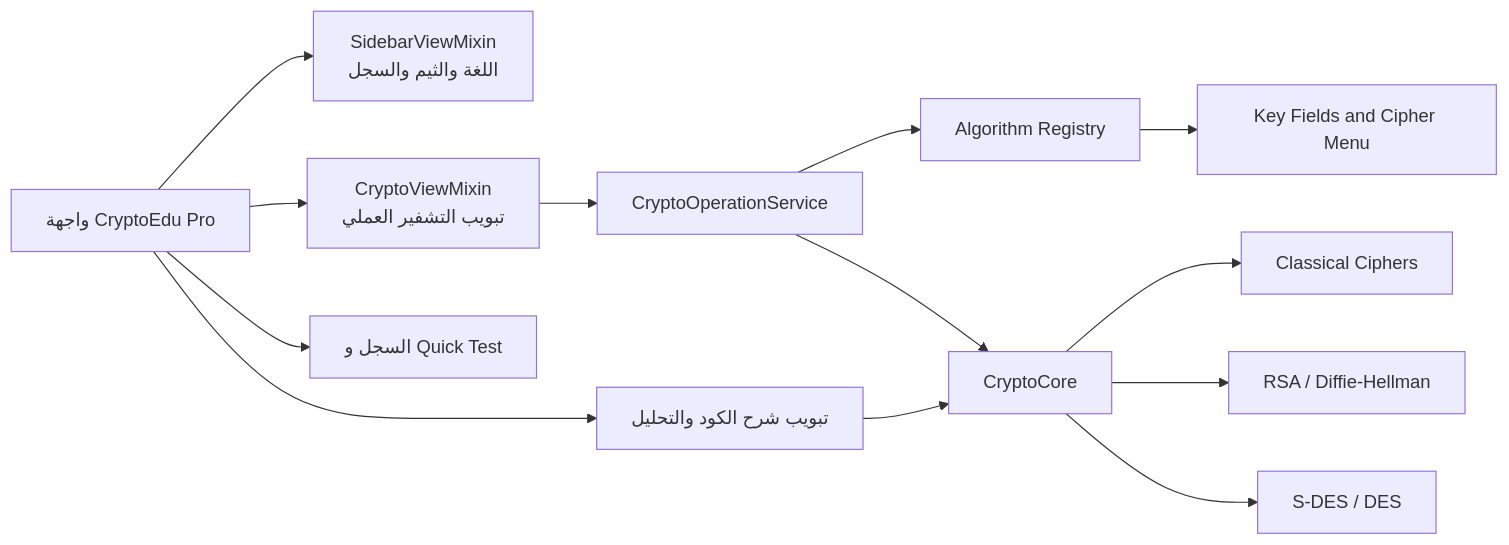
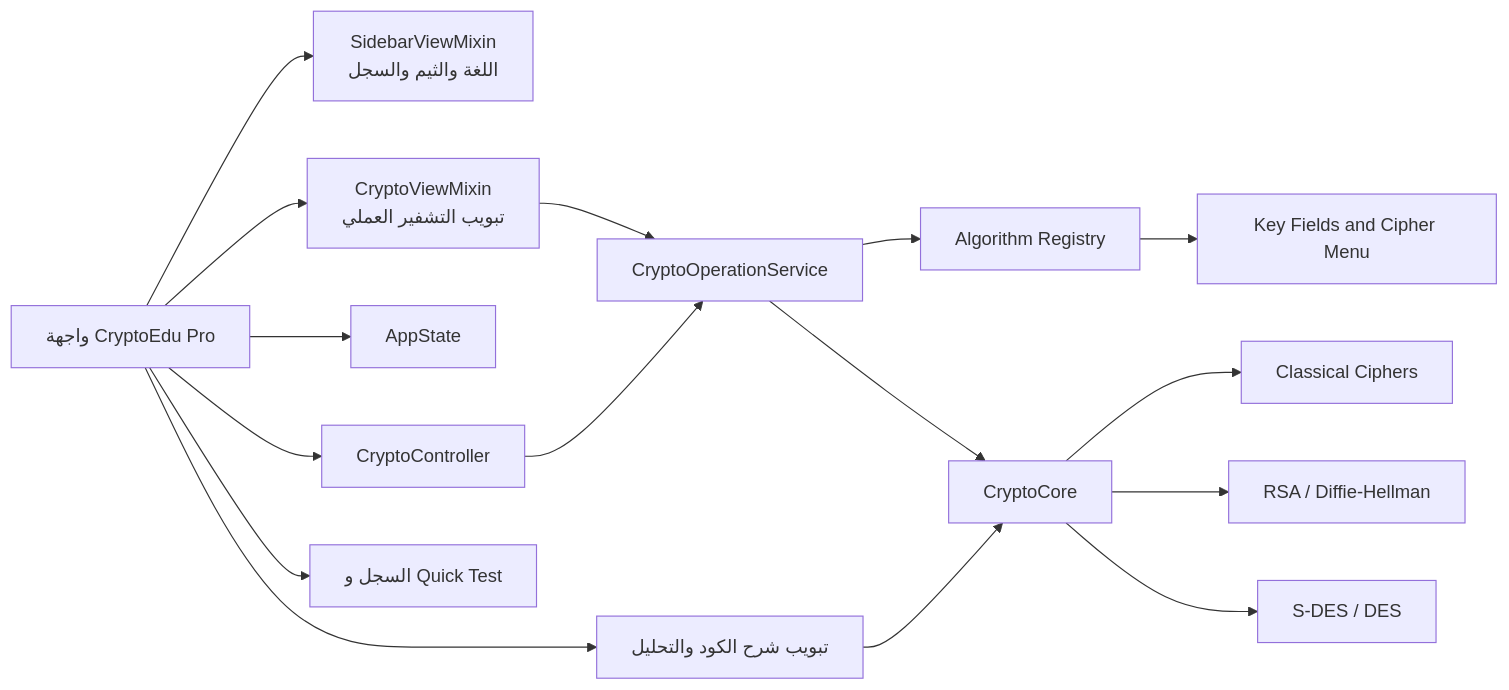
The diagram in README.md (Dev-KAIDO/CryptoEdu-Pro), drawn with Mermaid before and after one commit. The commit also changed other lines of this file and 5 other files, not shown here.

Commit message:
refactor: extract application state and crypto controller

````diff
--- a/README.md
+++ b/README.md
@@ -245,15 +248,18 @@
 ```mermaid
 flowchart LR
     A[واجهة CryptoEdu Pro] --> B[SidebarViewMixin\nاللغة والثيم والسجل]
     A --> C[CryptoViewMixin\nتبويب التشفير العملي]
     A --> D[تبويب شرح الكود والتحليل]
     C --> E[CryptoOperationService]
     E --> R[Algorithm Registry]
     R --> K[Key Fields and Cipher Menu]
+    A --> S[AppState]
+    A --> Ctl[CryptoController]
+    Ctl --> E
     E --> F[CryptoCore]
     F --> G[Classical Ciphers]
     F --> H[RSA / Diffie-Hellman]
     F --> I[S-DES / DES]
     D --> F
     A --> J[السجل و Quick Test]
 ```
````
